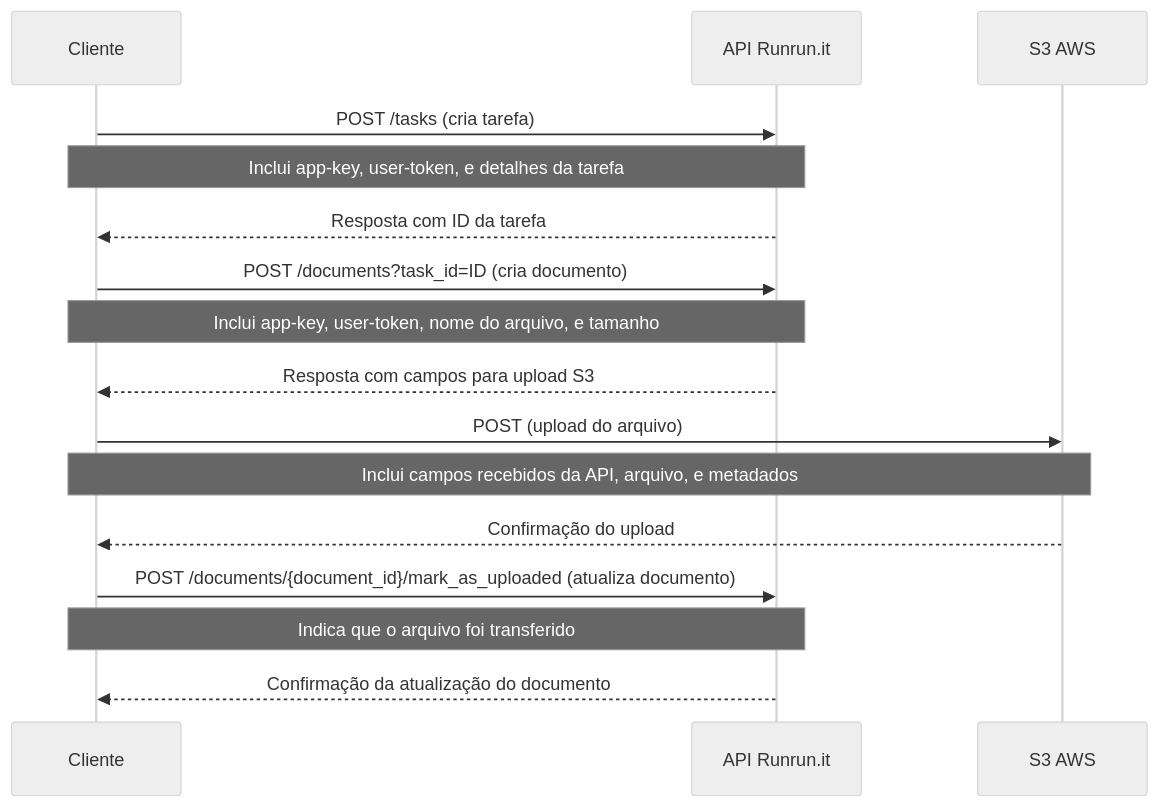
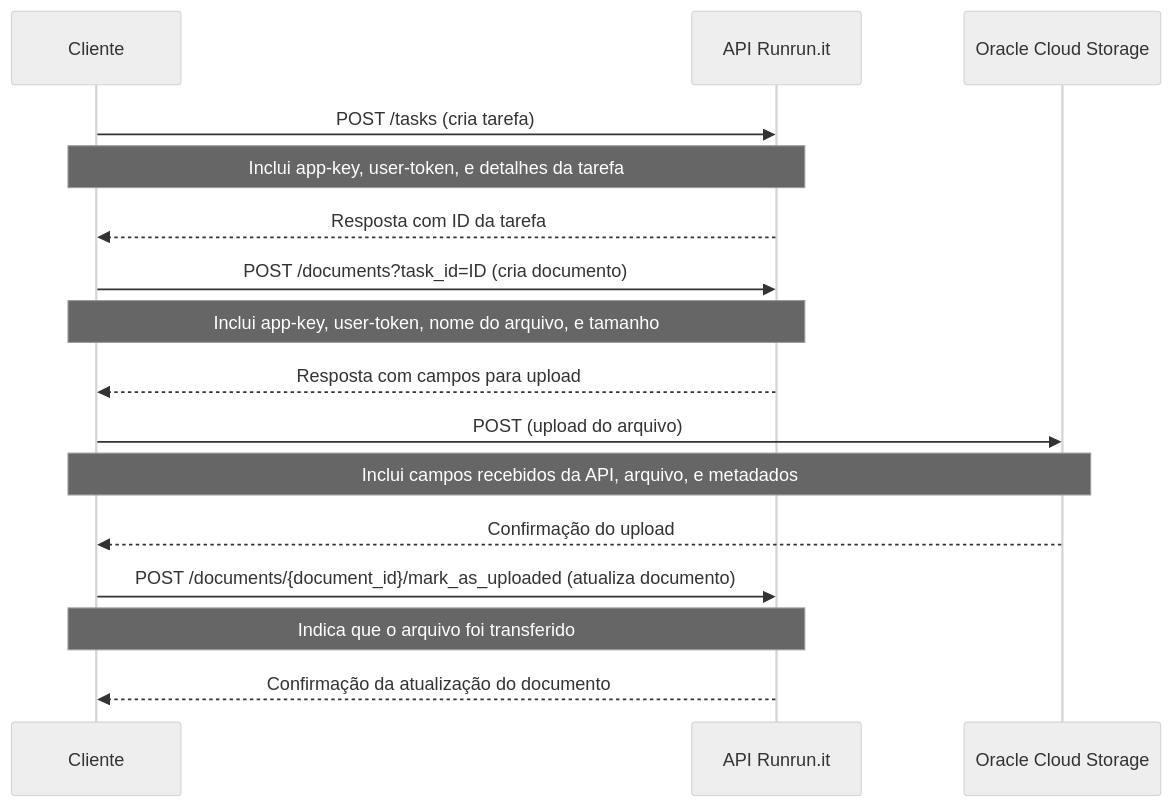
One commit to Runrunit/api_examples changed the diagram in README.md. Above: the diagram before and after it, drawn with Mermaid (neutral theme). The commit also changed other lines of this file and 4 other files, not shown here.

Commit message:
Change examples to upload to Oracle Object Storage S3

````diff
--- a/README.md
+++ b/README.md
@@ -12,22 +14,22 @@
 ```mermaid
 sequenceDiagram
     participant C as Cliente
     participant API as API Runrun.it
-    participant S3 as S3 AWS
+    participant Storage as Oracle Cloud Storage
 
     C->>API: POST /tasks (cria tarefa)
     Note over C,API: Inclui app-key, user-token, e detalhes da tarefa
     API-->>C: Resposta com ID da tarefa
 
     C->>API: POST /documents?task_id=ID (cria documento)
     Note over C,API: Inclui app-key, user-token, nome do arquivo, e tamanho
-    API-->>C: Resposta com campos para upload S3
+    API-->>C: Resposta com campos para upload
 
-    C->>S3: POST (upload do arquivo)
-    Note over C,S3: Inclui campos recebidos da API, arquivo, e metadados
-    S3-->>C: Confirmação do upload
+    C->>Storage: POST (upload do arquivo)
+    Note over C,Storage: Inclui campos recebidos da API, arquivo, e metadados
+    Storage-->>C: Confirmação do upload
 
     C->>API: POST /documents/{document_id}/mark_as_uploaded (atualiza documento)
     Note over C,API: Indica que o arquivo foi transferido
     API-->>C: Confirmação da atualização do documento
 ```
````
